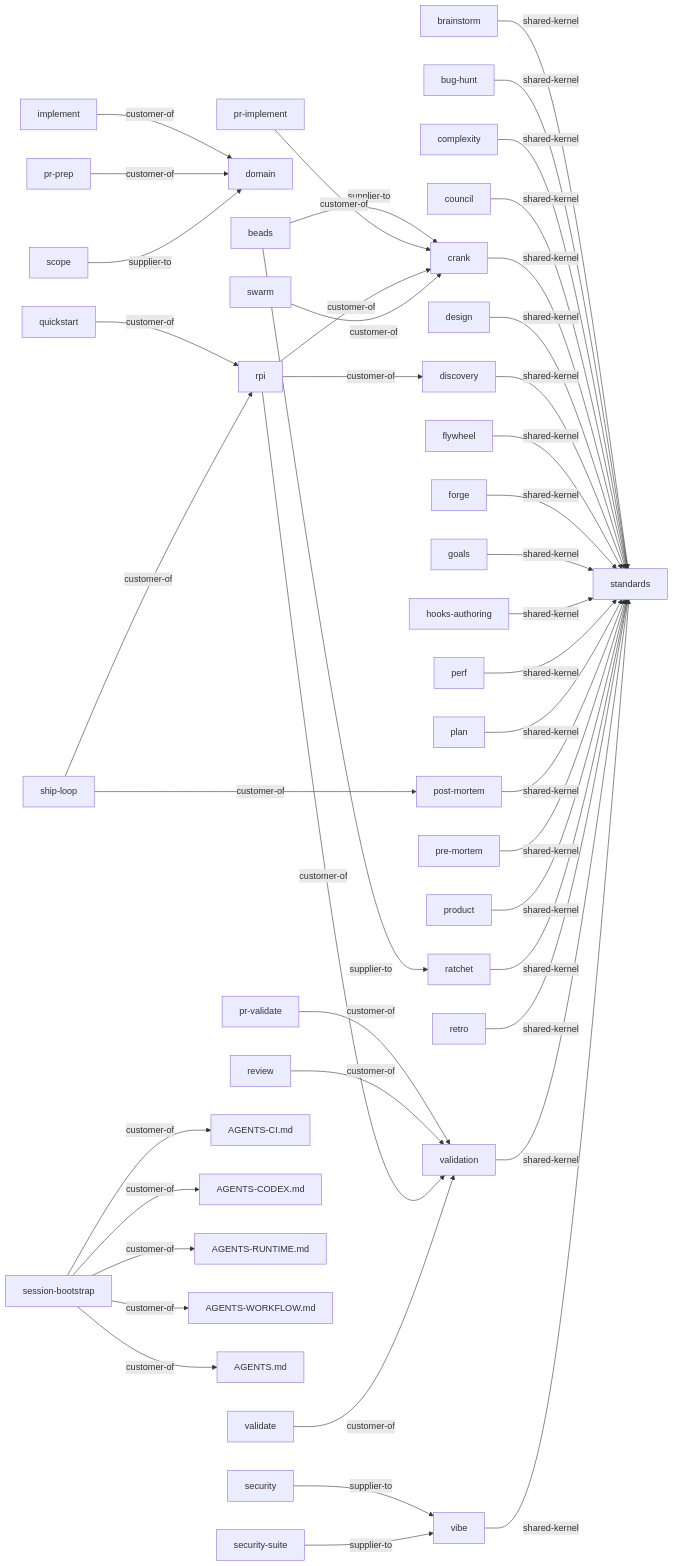
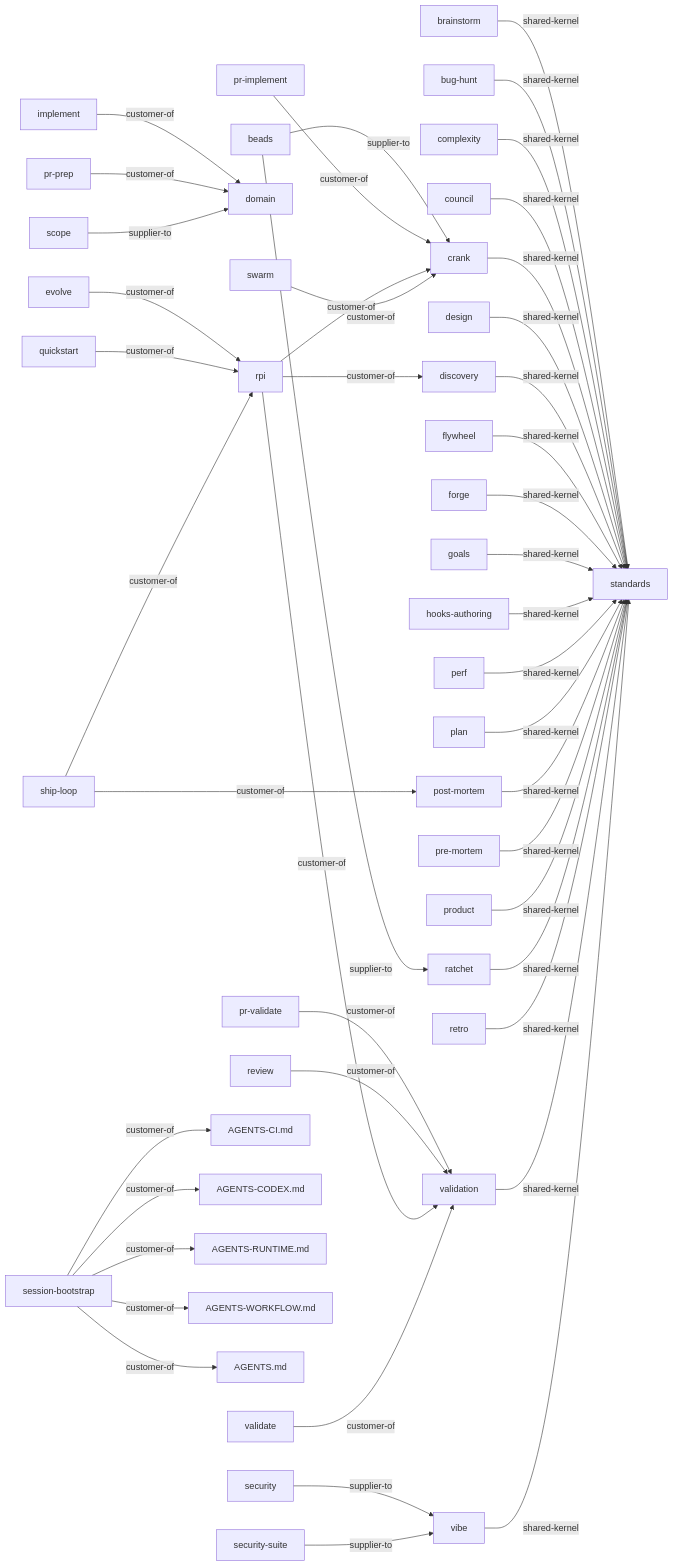
The diagram in docs/contracts/context-map.md (lguzzon-scratchbook/agentops), drawn with Mermaid before and after one commit. The commit also changed other lines of this file and 5 other files, not shown here.

````diff
--- a/docs/contracts/context-map.md
+++ b/docs/contracts/context-map.md
@@ -111,46 +111,47 @@
 ```mermaid
 graph LR
   beads -- "supplier-to" --> crank
   beads -- "supplier-to" --> ratchet
   brainstorm -- "shared-kernel" --> standards
   bug-hunt -- "shared-kernel" --> standards
   complexity -- "shared-kernel" --> standards
   council -- "shared-kernel" --> standards
   crank -- "shared-kernel" --> standards
   design -- "shared-kernel" --> standards
   discovery -- "shared-kernel" --> standards
+  evolve -- "customer-of" --> rpi
   flywheel -- "shared-kernel" --> standards
   forge -- "shared-kernel" --> standards
   goals -- "shared-kernel" --> standards
   hooks-authoring -- "shared-kernel" --> standards
   implement -- "customer-of" --> domain
   perf -- "shared-kernel" --> standards
   plan -- "shared-kernel" --> standards
   post-mortem -- "shared-kernel" --> standards
   pr-implement -- "customer-of" --> crank
   pr-prep -- "customer-of" --> domain
   pr-validate -- "customer-of" --> validation
   pre-mortem -- "shared-kernel" --> standards
   product -- "shared-kernel" --> standards
   quickstart -- "customer-of" --> rpi
   ratchet -- "shared-kernel" --> standards
   retro -- "shared-kernel" --> standards
   review -- "customer-of" --> validation
   rpi -- "customer-of" --> crank
   rpi -- "customer-of" --> discovery
   rpi -- "customer-of" --> validation
   scope -- "supplier-to" --> domain
   security -- "supplier-to" --> vibe
   security-suite -- "supplier-to" --> vibe
   session-bootstrap -- "customer-of" --> AGENTS-CI.md
   session-bootstrap -- "customer-of" --> AGENTS-CODEX.md
   session-bootstrap -- "customer-of" --> AGENTS-RUNTIME.md
   session-bootstrap -- "customer-of" --> AGENTS-WORKFLOW.md
   session-bootstrap -- "customer-of" --> AGENTS.md
   ship-loop -- "customer-of" --> post-mortem
   ship-loop -- "customer-of" --> rpi
   swarm -- "customer-of" --> crank
   validate -- "customer-of" --> validation
   validation -- "shared-kernel" --> standards
   vibe -- "shared-kernel" --> standards
 ```
````
